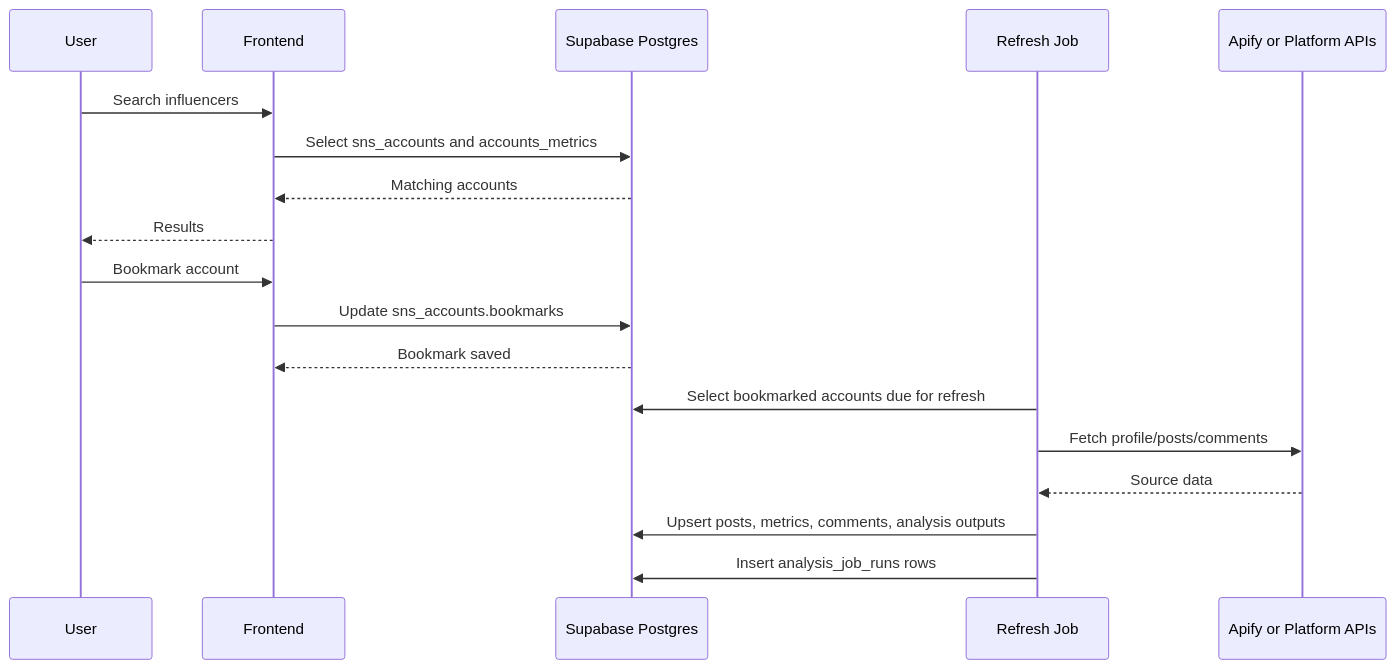
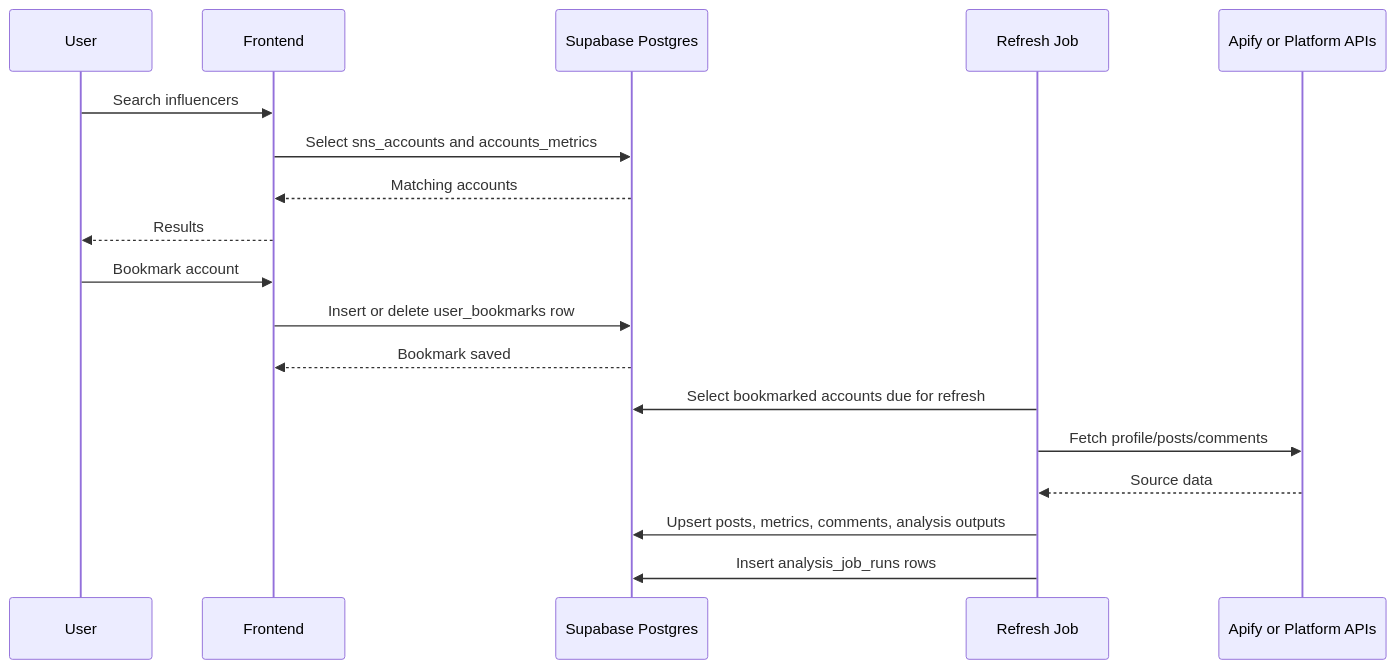
Before and after one commit to rodomani/influencer-list-up: the diagram in docs/form-usage-scenario.md, drawn with Mermaid. The commit also changed other lines of this file and 92 other files, not shown here.

````diff
--- a/docs/form-usage-scenario.md
+++ b/docs/form-usage-scenario.md
@@ -74,23 +75,23 @@
 ```mermaid
 sequenceDiagram
   participant User
   participant UI as Frontend
   participant DB as Supabase Postgres
   participant Job as Refresh Job
   participant APIs as Apify or Platform APIs
 
   User->>UI: Search influencers
   UI->>DB: Select sns_accounts and accounts_metrics
   DB-->>UI: Matching accounts
   UI-->>User: Results
 
   User->>UI: Bookmark account
-  UI->>DB: Update sns_accounts.bookmarks
+  UI->>DB: Insert or delete user_bookmarks row
   DB-->>UI: Bookmark saved
 
   Job->>DB: Select bookmarked accounts due for refresh
   Job->>APIs: Fetch profile/posts/comments
   APIs-->>Job: Source data
   Job->>DB: Upsert posts, metrics, comments, analysis outputs
   Job->>DB: Insert analysis_job_runs rows
 ```
````
